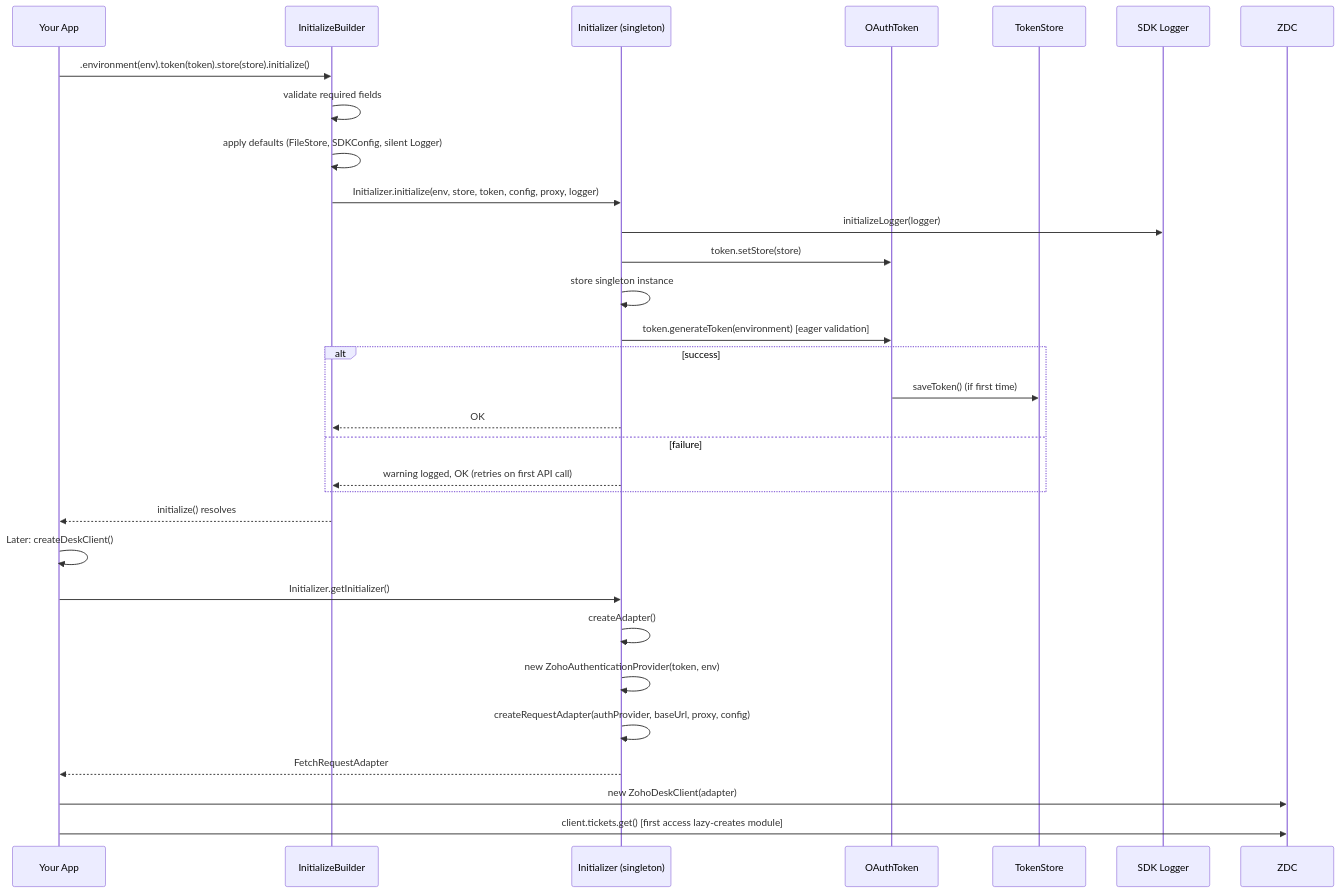
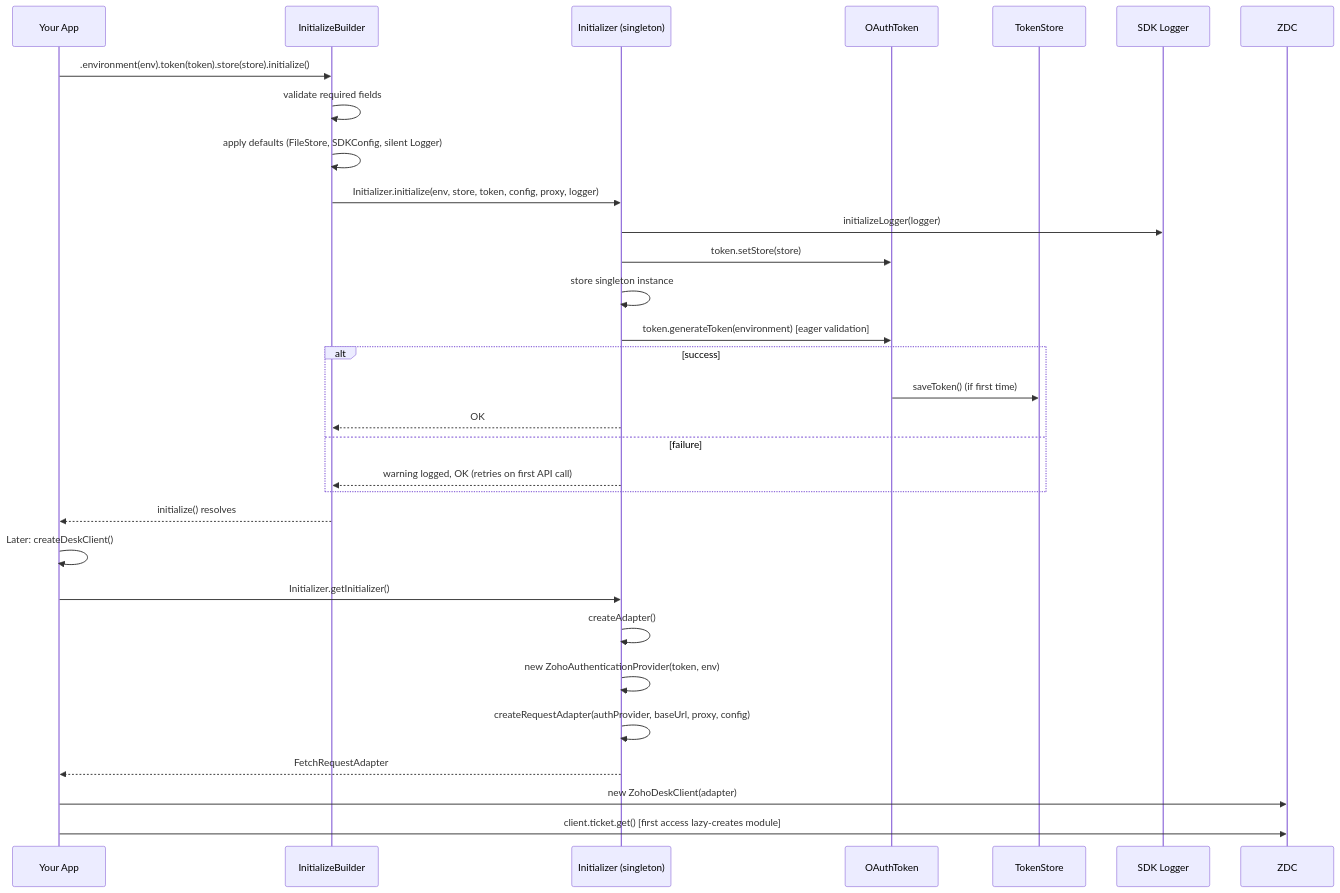
Before and after one commit to dragonxsx/zoho-desk-nodejs-sdk: the first of 2 diagrams in architecture/overview.md, drawn with Mermaid. The commit also changed 10 other files, not shown here.

````diff
--- a/architecture/overview.md
+++ b/architecture/overview.md
@@ -21,38 +21,38 @@
 ```mermaid
 sequenceDiagram
     participant App as Your App
     participant IB as InitializeBuilder
     participant I as Initializer (singleton)
     participant Token as OAuthToken
     participant Store as TokenStore
     participant Logger as SDK Logger
 
     App->>IB: .environment(env).token(token).store(store).initialize()
     IB->>IB: validate required fields
     IB->>IB: apply defaults (FileStore, SDKConfig, silent Logger)
     IB->>I: Initializer.initialize(env, store, token, config, proxy, logger)
 
     I->>Logger: initializeLogger(logger)
     I->>Token: token.setStore(store)
     I->>I: store singleton instance
 
     I->>Token: token.generateToken(environment) [eager validation]
     alt success
         Token->>Store: saveToken() (if first time)
         I-->>IB: OK
     else failure
         I-->>IB: warning logged, OK (retries on first API call)
     end
 
     IB-->>App: initialize() resolves
     App->>App: Later: createDeskClient()
 
     App->>I: Initializer.getInitializer()
     I->>I: createAdapter()
     I->>I: new ZohoAuthenticationProvider(token, env)
     I->>I: createRequestAdapter(authProvider, baseUrl, proxy, config)
     I-->>App: FetchRequestAdapter
 
     App->>ZDC: new ZohoDeskClient(adapter)
-    App->>ZDC: client.tickets.get() [first access lazy-creates module]
+    App->>ZDC: client.ticket.get() [first access lazy-creates module]
 ```
````
